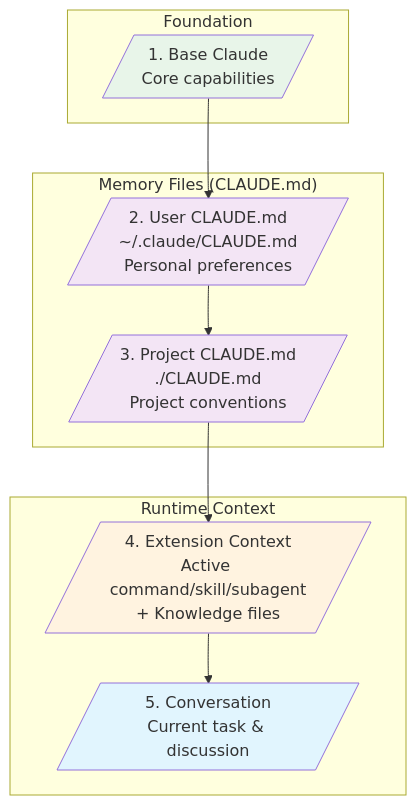
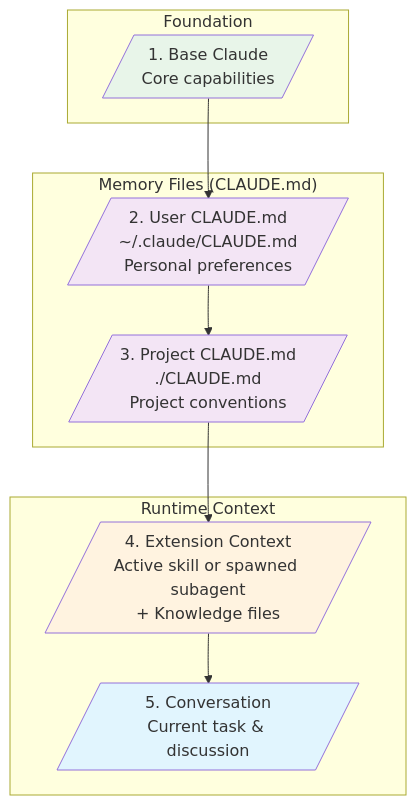
Before and after one commit to oakensoul/aida-core-plugin: the diagram in agents/claude-code-expert/knowledge/framework-design-principles.md, drawn with Mermaid. The commit also changed other lines of this file and 46 other files, not shown here.

````diff
--- a/agents/claude-code-expert/knowledge/framework-design-principles.md
+++ b/agents/claude-code-expert/knowledge/framework-design-principles.md
@@ -219,24 +202,24 @@
 ```mermaid
 graph TB
     subgraph "Runtime Context"
         CONV[/"5. Conversation<br/>Current task & discussion"/]
-        EXT[/"4. Extension Context<br/>Active command/skill/subagent<br/>+ Knowledge files"/]
+        EXT[/"4. Extension Context<br/>Active skill or spawned subagent<br/>+ Knowledge files"/]
     end
 
     subgraph "Memory Files (CLAUDE.md)"
         PROJ[/"3. Project CLAUDE.md<br/>./CLAUDE.md<br/>Project conventions"/]
         USER[/"2. User CLAUDE.md<br/>~/.claude/CLAUDE.md<br/>Personal preferences"/]
     end
 
     subgraph "Foundation"
         BASE[/"1. Base Claude<br/>Core capabilities"/]
     end
 
     BASE --> USER --> PROJ --> EXT --> CONV
 
     style CONV fill:#e1f5fe
     style EXT fill:#fff3e0
     style PROJ fill:#f3e5f5
     style USER fill:#f3e5f5
     style BASE fill:#e8f5e9
 ```
````
